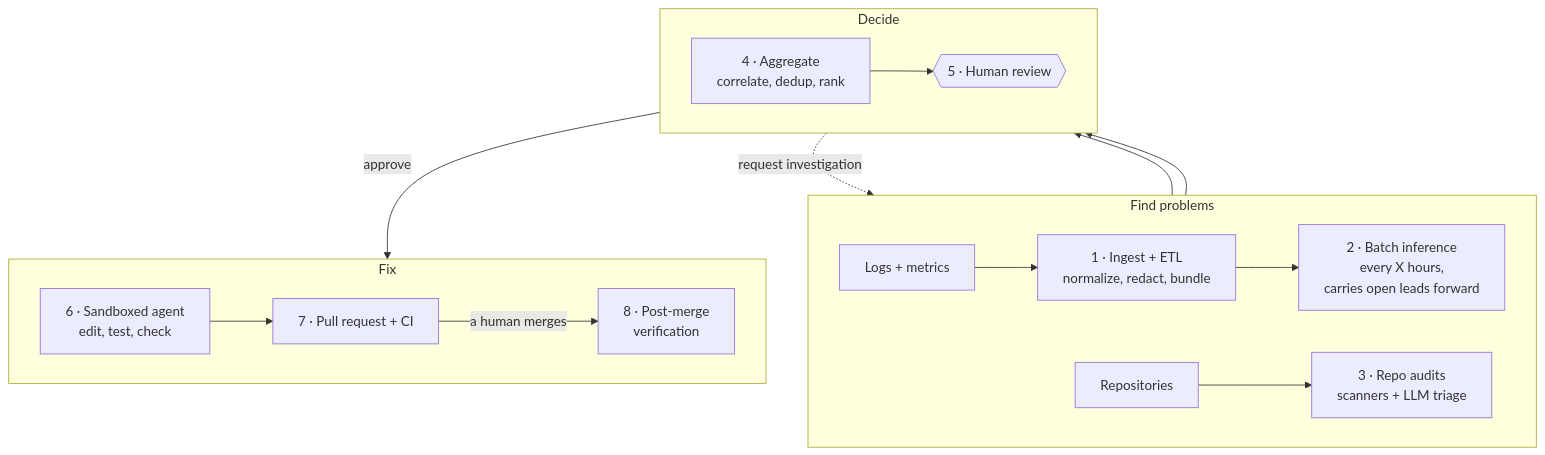
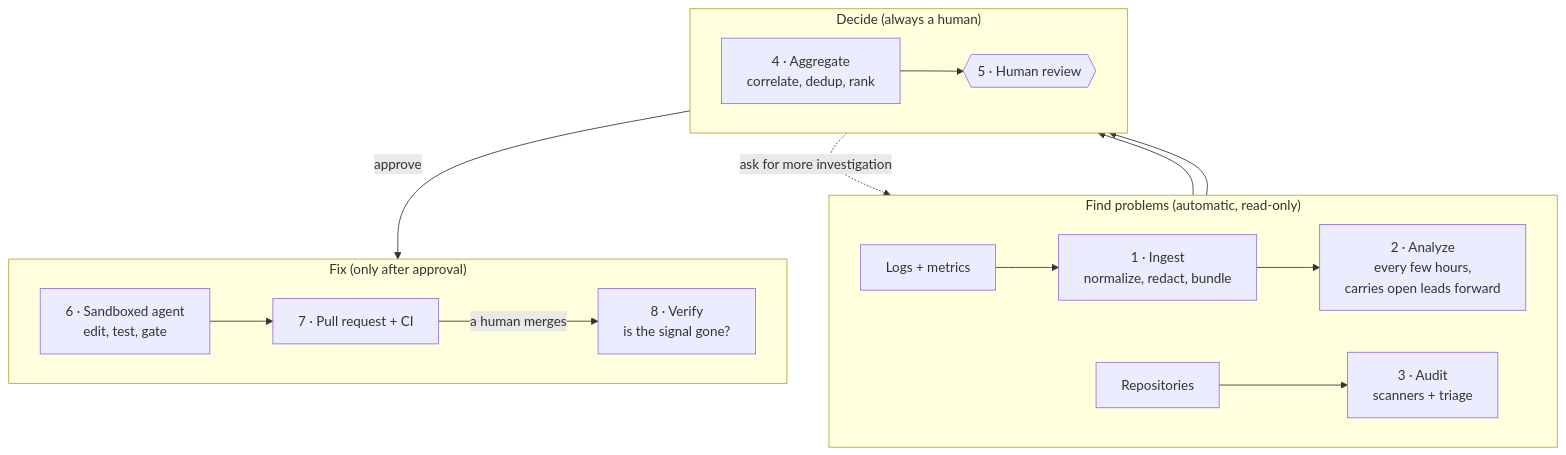
One commit to deadboyccc/Opsmith changed the diagram in README.md. Above: the diagram before and after it, drawn with Mermaid. The commit also changed other lines of this file and 13 other files, not shown here.

````diff
--- a/README.md
+++ b/README.md
@@ -42,25 +67,25 @@
 ```mermaid
 flowchart TB
-    subgraph FIND["Find problems"]
+    subgraph FIND["Find problems (automatic, read-only)"]
         direction LR
-        SIG["Logs + metrics"] --> ETL["1 · Ingest + ETL<br/>normalize, redact, bundle"]
-        ETL --> INF["2 · Batch inference<br/>every X hours,<br/>carries open leads forward"]
-        REPOS["Repositories"] --> AUD["3 · Repo audits<br/>scanners + LLM triage"]
+        SIG["Logs + metrics"] --> ETL["1 · Ingest<br/>normalize, redact, bundle"]
+        ETL --> INF["2 · Analyze<br/>every few hours,<br/>carries open leads forward"]
+        REPOS["Repositories"] --> AUD["3 · Audit<br/>scanners + triage"]
     end
 
-    subgraph DECIDE["Decide"]
+    subgraph DECIDE["Decide (always a human)"]
         direction LR
         AGG["4 · Aggregate<br/>correlate, dedup, rank"] --> REVIEW{{"5 · Human review"}}
     end
 
-    subgraph FIX["Fix"]
+    subgraph FIX["Fix (only after approval)"]
         direction LR
-        EXEC["6 · Sandboxed agent<br/>edit, test, check"] --> PR["7 · Pull request + CI"]
-        PR -- "a human merges" --> VERIFY["8 · Post-merge<br/>verification"]
+        EXEC["6 · Sandboxed agent<br/>edit, test, gate"] --> PR["7 · Pull request + CI"]
+        PR -- "a human merges" --> VERIFY["8 · Verify<br/>is the signal gone?"]
     end
 
     INF --> AGG
     AUD --> AGG
     REVIEW -- "approve" --> EXEC
-    REVIEW -. "request investigation" .-> INF
+    REVIEW -. "ask for more investigation" .-> INF
 ```
````
